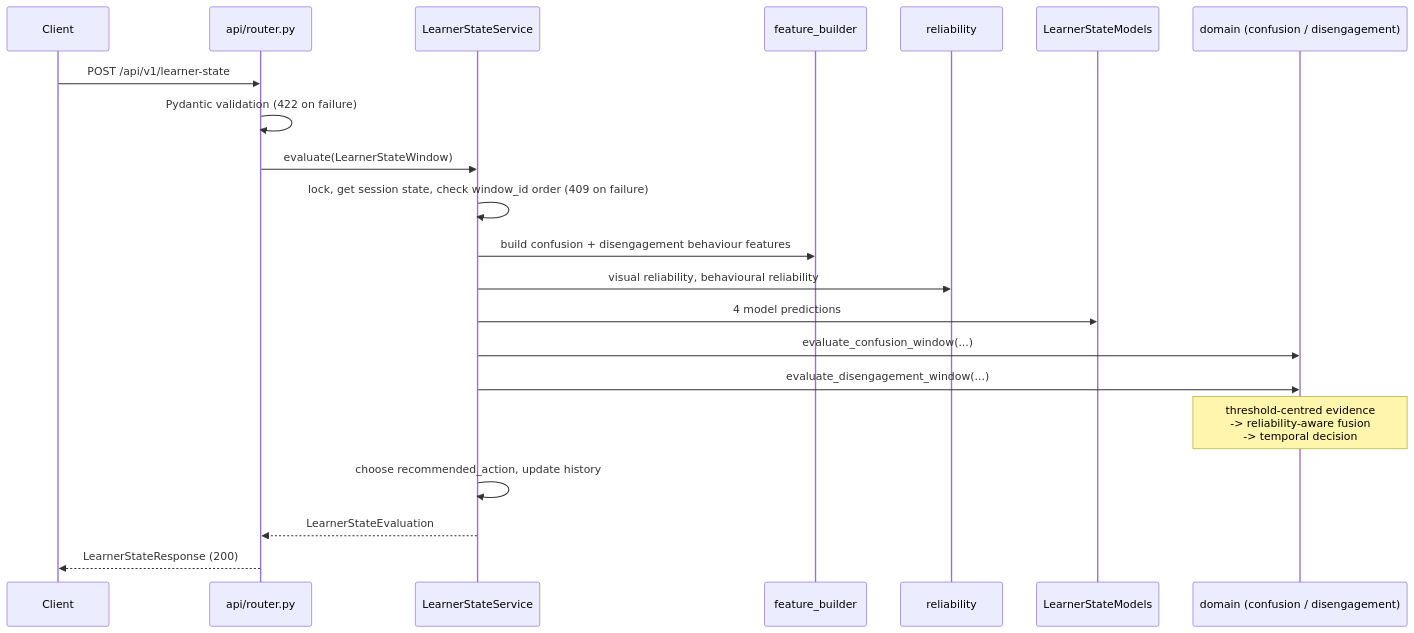
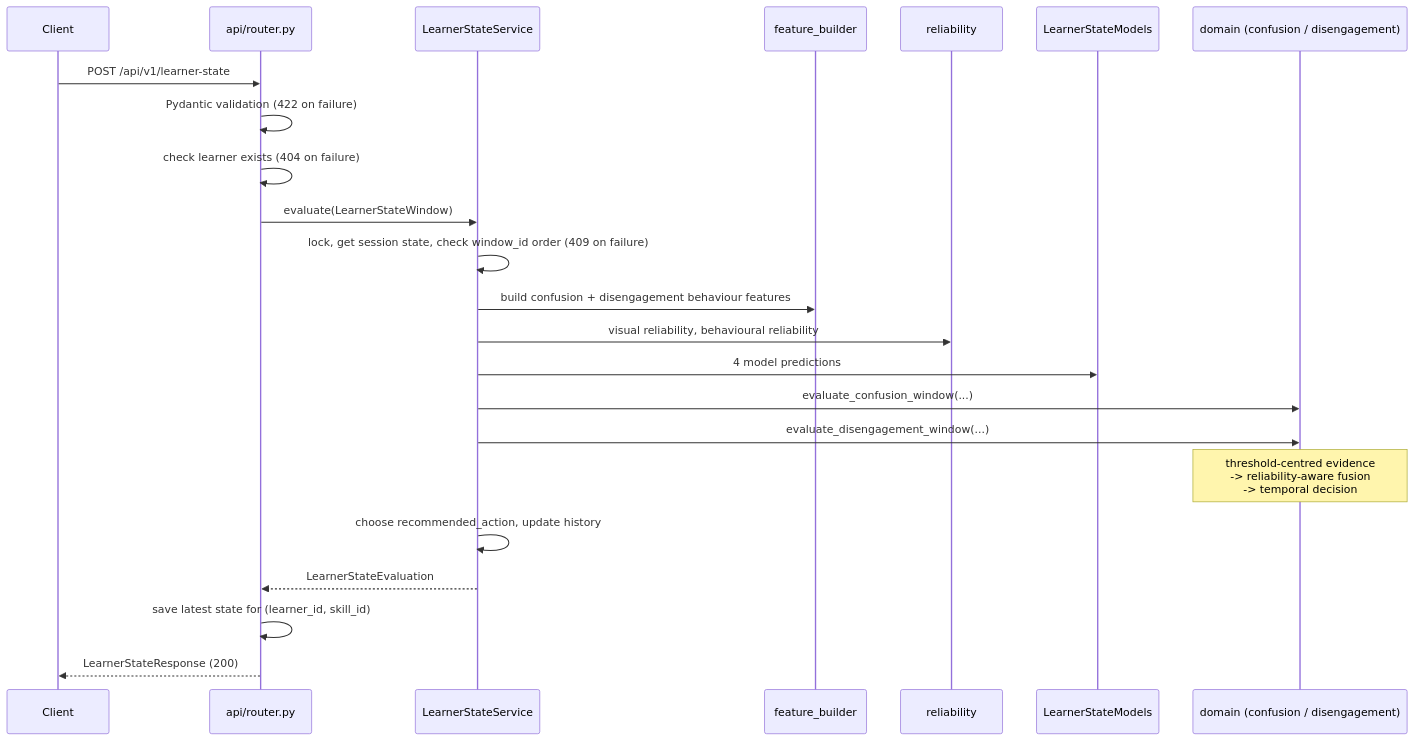
Before and after one commit to SLIIT-Vertex/J26-SE-323: the second of 2 diagrams in docs/learner-state/01_ARCHITECTURE.md, drawn with Mermaid. The commit also changed other lines of this file and 17 other files, not shown here.

First line of the commit message:
feat: store skill-specific learner state for the AI Tutor

````diff
--- a/docs/learner-state/01_ARCHITECTURE.md
+++ b/docs/learner-state/01_ARCHITECTURE.md
@@ -50,24 +52,26 @@
 ```mermaid
 sequenceDiagram
     participant C as Client
     participant R as api/router.py
     participant S as LearnerStateService
     participant FB as feature_builder
     participant RL as reliability
     participant M as LearnerStateModels
     participant D as domain (confusion / disengagement)
 
     C->>R: POST /api/v1/learner-state
     R->>R: Pydantic validation (422 on failure)
+    R->>R: check learner exists (404 on failure)
     R->>S: evaluate(LearnerStateWindow)
     S->>S: lock, get session state, check window_id order (409 on failure)
     S->>FB: build confusion + disengagement behaviour features
     S->>RL: visual reliability, behavioural reliability
     S->>M: 4 model predictions
     S->>D: evaluate_confusion_window(...)
     S->>D: evaluate_disengagement_window(...)
     Note over D: threshold-centred evidence<br/>-> reliability-aware fusion<br/>-> temporal decision
     S->>S: choose recommended_action, update history
     S-->>R: LearnerStateEvaluation
+    R->>R: save latest state for (learner_id, skill_id)
     R-->>C: LearnerStateResponse (200)
 ```
````
